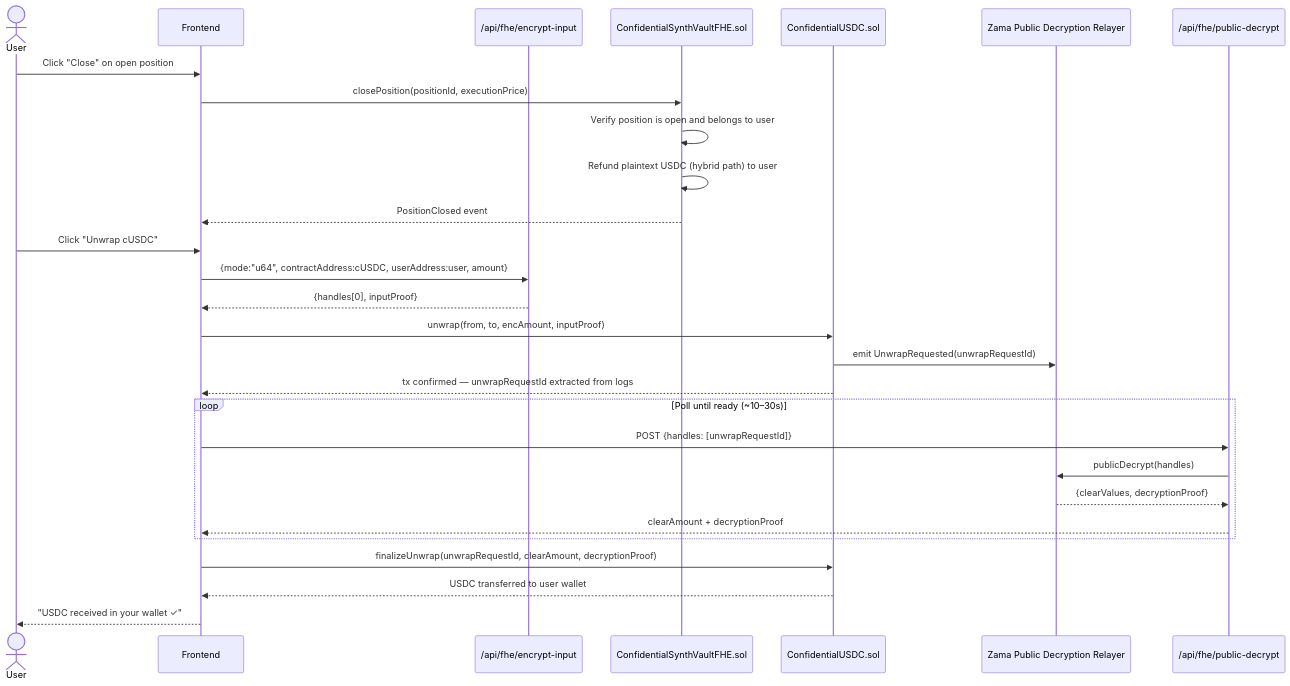
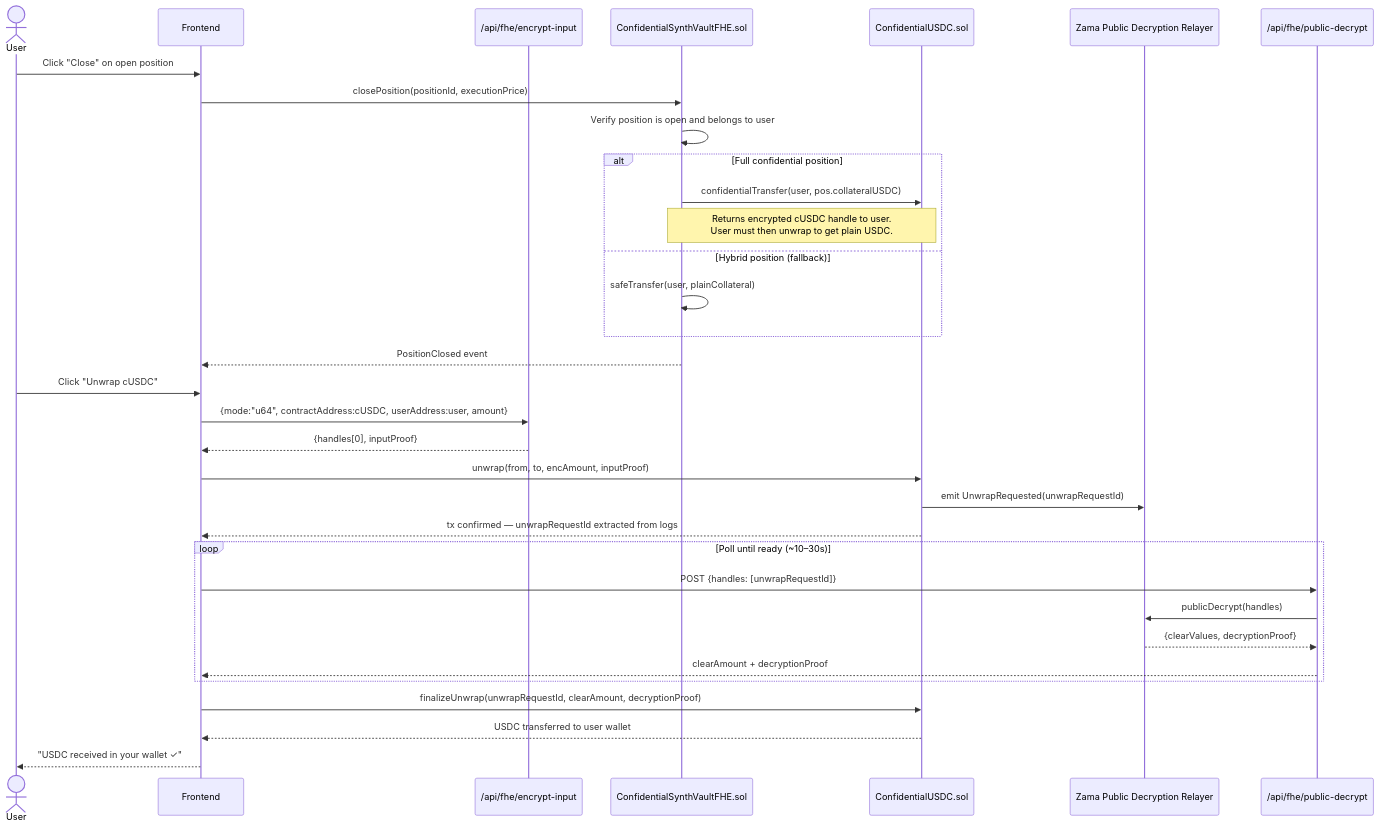
Before and after one commit to Rohitamalraj/Ztocks: the third of 3 diagrams in README.md, drawn with Mermaid. The commit also changed other lines of this file and 2 other files, not shown here.

````diff
--- a/README.md
+++ b/README.md
@@ -345,34 +345,39 @@
 ```mermaid
 sequenceDiagram
     actor User
     participant Frontend
     participant EncAPI as /api/fhe/encrypt-input
     participant Vault as ConfidentialSynthVaultFHE.sol
     participant cUSDC as ConfidentialUSDC.sol
     participant Relayer as Zama Public Decryption Relayer
     participant PubDecAPI as /api/fhe/public-decrypt
 
     User->>Frontend: Click "Close" on open position
     Frontend->>Vault: closePosition(positionId, executionPrice)
     Vault->>Vault: Verify position is open and belongs to user
-    Vault->>Vault: Refund plaintext USDC (hybrid path) to user
+    alt Full confidential position
+        Vault->>cUSDC: confidentialTransfer(user, pos.collateralUSDC)
+        note over Vault,cUSDC: Returns encrypted cUSDC handle to user.<br/>User must then unwrap to get plain USDC.
+    else Hybrid position (fallback)
+        Vault->>Vault: safeTransfer(user, plainCollateral)
+    end
     Vault-->>Frontend: PositionClosed event
 
     User->>Frontend: Click "Unwrap cUSDC"
     Frontend->>EncAPI: {mode:"u64", contractAddress:cUSDC, userAddress:user, amount}
     EncAPI-->>Frontend: {handles[0], inputProof}
     Frontend->>cUSDC: unwrap(from, to, encAmount, inputProof)
     cUSDC->>Relayer: emit UnwrapRequested(unwrapRequestId)
     cUSDC-->>Frontend: tx confirmed — unwrapRequestId extracted from logs
 
     loop Poll until ready (~10–30s)
         Frontend->>PubDecAPI: POST {handles: [unwrapRequestId]}
         PubDecAPI->>Relayer: publicDecrypt(handles)
         Relayer-->>PubDecAPI: {clearValues, decryptionProof}
         PubDecAPI-->>Frontend: clearAmount + decryptionProof
     end
 
     Frontend->>cUSDC: finalizeUnwrap(unwrapRequestId, clearAmount, decryptionProof)
     cUSDC-->>Frontend: USDC transferred to user wallet
     Frontend-->>User: "USDC received in your wallet ✓"
 ```
````
